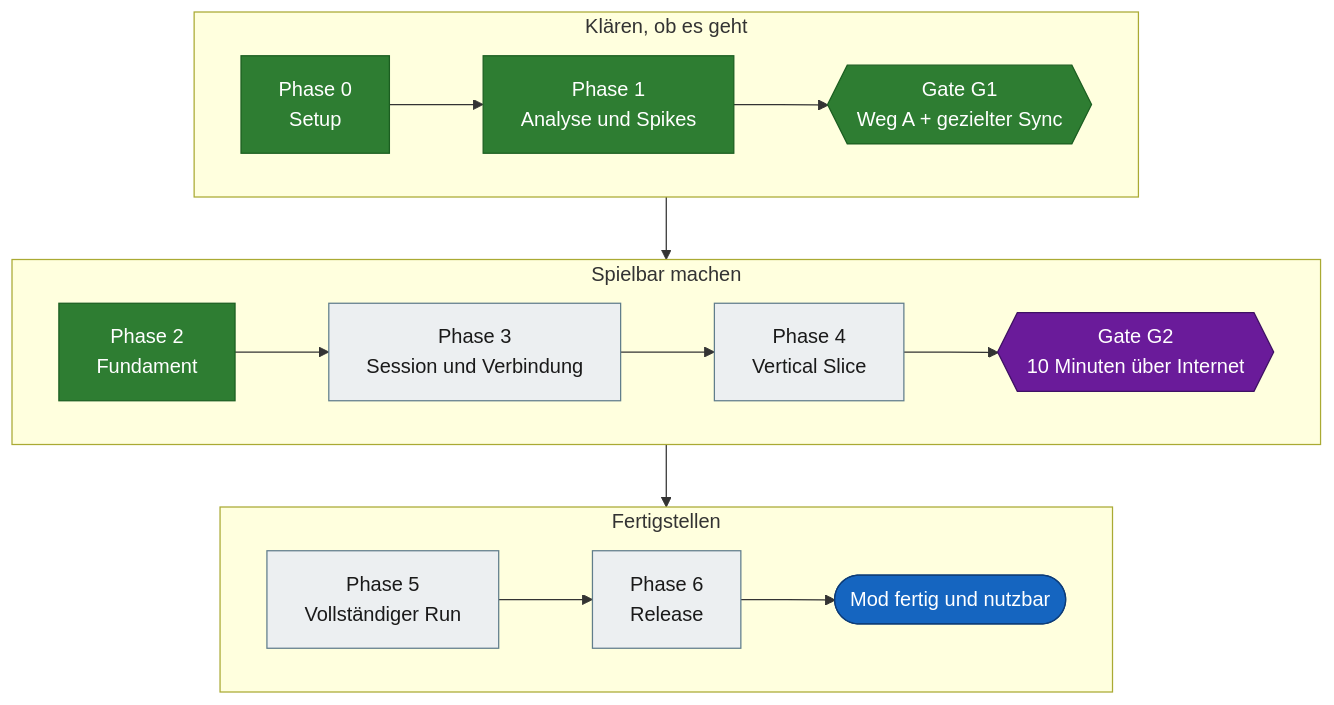
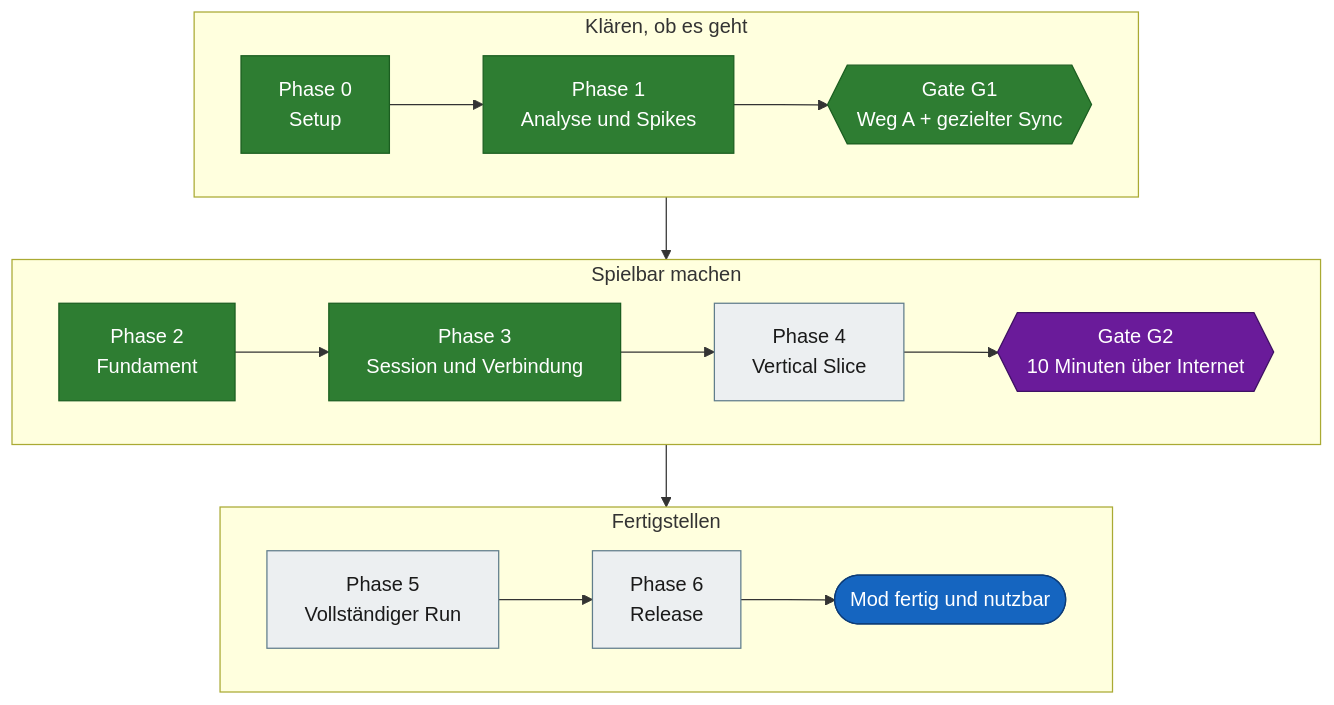
One commit to VitaminStack/Deadly-Days-Roadtrip-Multiplayer-Mod changed the first of 4 diagrams in docs/ROADMAP.md. Above: the diagram before and after it, drawn with Mermaid. The commit also changed other lines of this file and 3 other files, not shown here.

First line of the commit message:
lobby-live-rest: Start über +connect_lobby und geordnetes Verlassen mit zwei Konten bestätigt, Phase 3 abgeschlossen

````diff
--- a/docs/ROADMAP.md
+++ b/docs/ROADMAP.md
@@ -138,25 +139,25 @@
 ```mermaid
 flowchart TD
     subgraph A["Klären, ob es geht"]
         direction LR
         P0["Phase 0<br/>Setup"]:::done --> P1["Phase 1<br/>Analyse und Spikes"]:::done --> G1{{"Gate G1<br/>Weg A + gezielter Sync"}}:::done
     end
 
     subgraph B["Spielbar machen"]
         direction LR
-        P2["Phase 2<br/>Fundament"]:::done --> P3["Phase 3<br/>Session und Verbindung"]:::open --> P4["Phase 4<br/>Vertical Slice"]:::open --> G2{{"Gate G2<br/>10 Minuten über Internet"}}:::gate
+        P2["Phase 2<br/>Fundament"]:::done --> P3["Phase 3<br/>Session und Verbindung"]:::done --> P4["Phase 4<br/>Vertical Slice"]:::open --> G2{{"Gate G2<br/>10 Minuten über Internet"}}:::gate
     end
 
     subgraph C["Fertigstellen"]
         direction LR
         P5["Phase 5<br/>Vollständiger Run"]:::open --> P6["Phase 6<br/>Release"]:::open --> Z(["Mod fertig und nutzbar"]):::goal
     end
 
     A --> B --> C
 
     classDef done fill:#2e7d32,stroke:#1b5e20,color:#ffffff
     classDef wip fill:#f9a825,stroke:#b27a00,color:#1a1a1a
     classDef open fill:#eceff1,stroke:#607d8b,color:#1a1a1a
     classDef gate fill:#6a1b9a,stroke:#3e1163,color:#ffffff
     classDef goal fill:#1565c0,stroke:#0d3c78,color:#ffffff
 ```
````
